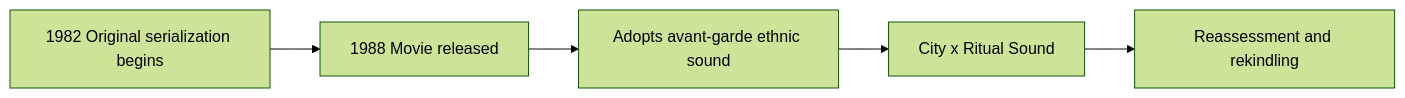
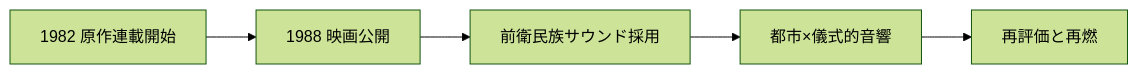
One commit to monumental-movement/monumental-movement.github.io changed the first of 3 diagrams in en/_posts/2026-02-28-column-akira.md. Above: the diagram before and after it, drawn with Mermaid (forest theme). The commit also changed other lines of this file and 2196 other files, not shown here.

```diff
--- a/en/_posts/2026-02-28-column-akira.md
+++ b/en/_posts/2026-02-28-column-akira.md
@@ -69,7 +68,7 @@
 <div class="mermaid">
 flowchart LR
-A[1982 Original serialization begins] --> B[1988 Movie released]
-B --> C[Adopts avant-garde ethnic sound]
-C --> D[City x Ritual Sound]
-D --> E[Reassessment and rekindling]
+A[1982 原作連載開始] --> B[1988 映画公開]
+B --> C[前衛民族サウンド採用]
+C --> D[都市×儀式的音響]
+D --> E[再評価と再燃]
 </div>
```
